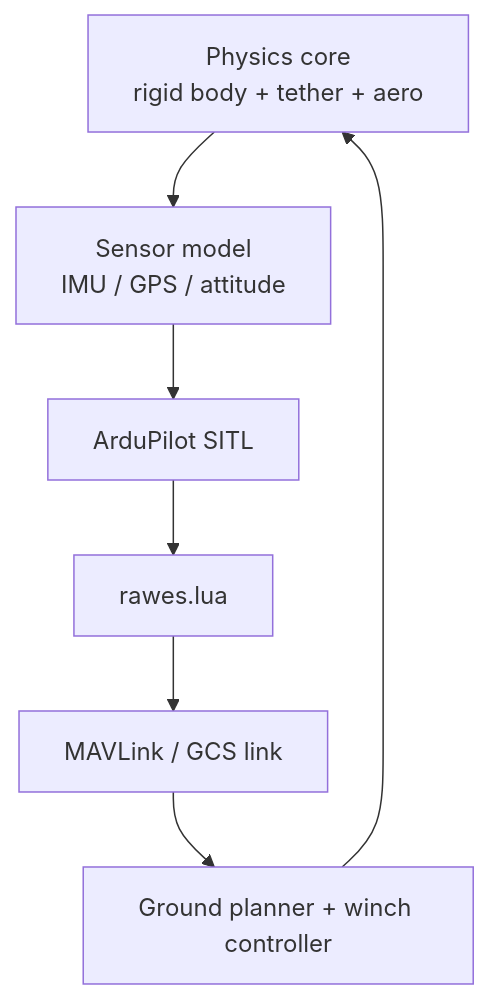
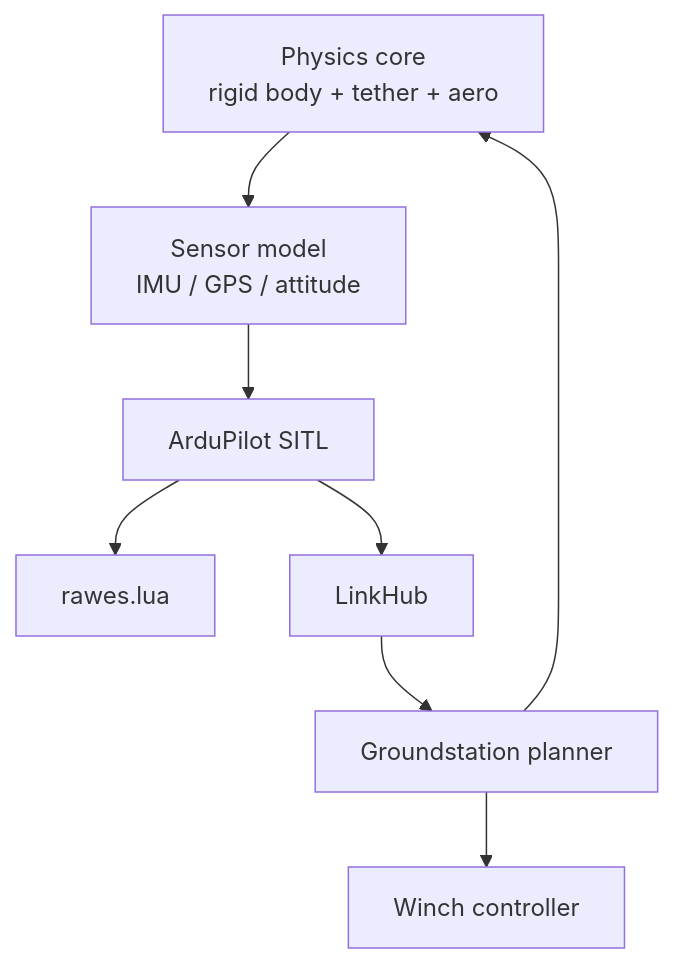
The second of 4 diagrams in presentations/presentation_sitl_aero.md (mcroomp/windpower), drawn with Mermaid before and after one commit. The commit also changed other lines of this file and 49 other files, not shown here.

First line of the commit message:
Add LinkHub throughput display, rotor-model vehicle view, and consolidate docs (#21)

````diff
--- a/presentations/presentation_sitl_aero.md
+++ b/presentations/presentation_sitl_aero.md
@@ -60,9 +63,10 @@
 ```mermaid
 flowchart TB
     PHY["Physics core\nrigid body + tether + aero"] --> SEN["Sensor model\nIMU / GPS / attitude"]
     SEN --> SITL["ArduPilot SITL"]
     SITL --> LUA["rawes.lua"]
-    LUA --> COMM["MAVLink / GCS link"]
-    COMM --> GND["Ground planner + winch controller"]
+    SITL --> LH["LinkHub"]
+    LH --> GND["Groundstation planner"]
+    GND --> WIN["Winch controller"]
     GND --> PHY
 ```
````
